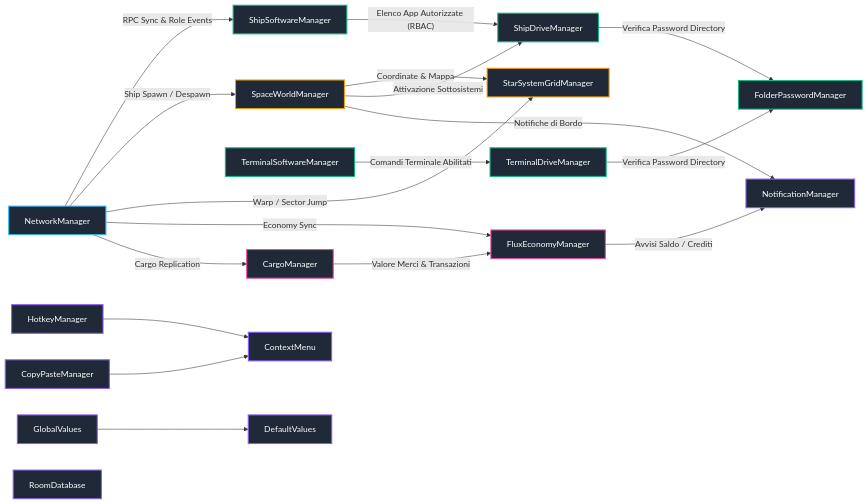
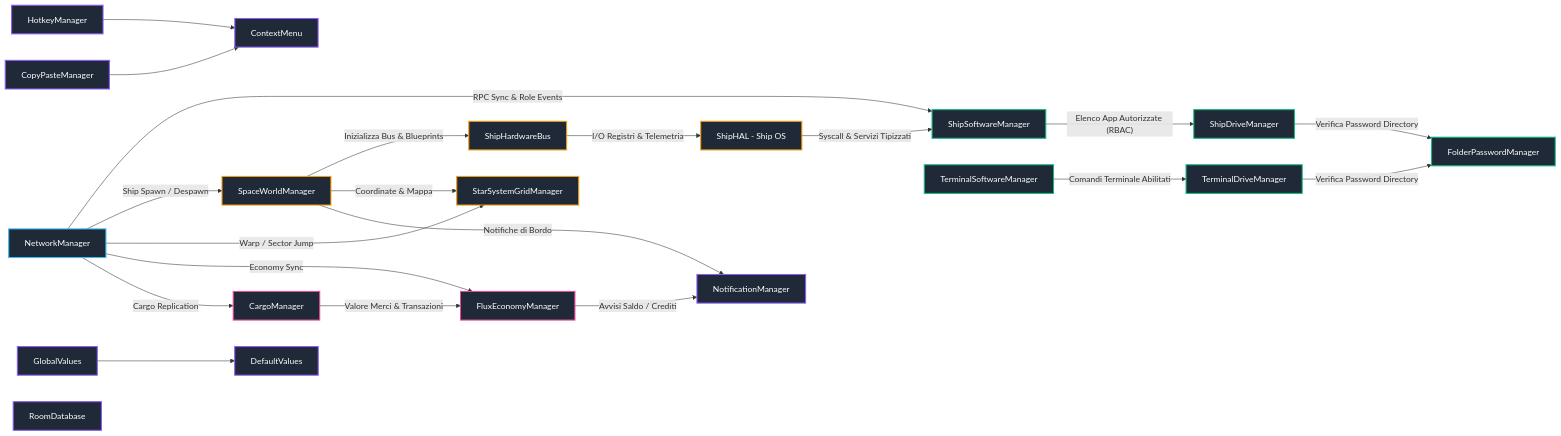
Before and after one commit to bncgli/DarkNovaRogueSquadron: the diagram in docs/architecture/02_autoloads_and_system_bus.md, drawn with Mermaid. The commit also changed 47 other files, not shown here.

````diff
--- a/docs/architecture/02_autoloads_and_system_bus.md
+++ b/docs/architecture/02_autoloads_and_system_bus.md
@@ -11,54 +11,58 @@
 ```mermaid
 graph LR
     classDef net fill:#1f2937,stroke:#38bdf8,stroke-width:2px,color:#fff;
     classDef world fill:#1f2937,stroke:#f59e0b,stroke-width:2px,color:#fff;
     classDef fs fill:#1f2937,stroke:#10b981,stroke-width:2px,color:#fff;
     classDef econ fill:#1f2937,stroke:#ec4899,stroke-width:2px,color:#fff;
     classDef util fill:#1f2937,stroke:#8b5cf6,stroke-width:2px,color:#fff;
 
-    %% Autoloads
+    %% Autoloads & Core Systems
     NM[NetworkManager]:::net
     SWM[SpaceWorldManager]:::world
     SSGM[StarSystemGridManager]:::world
+    HWBUS[ShipHardwareBus]:::world
+    HAL[ShipHAL - Ship OS]:::world
     SDM[ShipDriveManager]:::fs
     TDM[TerminalDriveManager]:::fs
     FPM[FolderPasswordManager]:::fs
     SSM[ShipSoftwareManager]:::fs
     TSM[TerminalSoftwareManager]:::fs
     CM[CargoManager]:::econ
     FEM[FluxEconomyManager]:::econ
     HKM[HotkeyManager]:::util
     CTX[ContextMenu]:::util
     NTF[NotificationManager]:::util
     CPM[CopyPasteManager]:::util
     GV[GlobalValues]:::util
     DV[DefaultValues]:::util
     RD[RoomDatabase]:::util
 
     %% Relazioni Network
     NM -- "RPC Sync & Role Events" --> SSM
     NM -- "Ship Spawn / Despawn" --> SWM
     NM -- "Warp / Sector Jump" --> SSGM
     NM -- "Economy Sync" --> FEM
     NM -- "Cargo Replication" --> CM
 
-    %% Relazioni Mondo 3D & Spazio
+    %% Relazioni Mondo 3D, Hardware & Ship OS
+    SWM -- "Inizializza Bus & Blueprints" --> HWBUS
+    HWBUS -- "I/O Registri & Telemetria" --> HAL
+    HAL -- "Syscall & Servizi Tipizzati" --> SSM
     SWM -- "Coordinate & Mappa" --> SSGM
-    SWM -- "Attivazione Sottosistemi" --> SDM
     SWM -- "Notifiche di Bordo" --> NTF
 
     %% Relazioni File System & Sicurezza
     SDM -- "Verifica Password Directory" --> FPM
     TDM -- "Verifica Password Directory" --> FPM
     SSM -- "Elenco App Autorizzate (RBAC)" --> SDM
     TSM -- "Comandi Terminale Abilitati" --> TDM
 
     %% Relazioni Economia
     CM -- "Valore Merci & Transazioni" --> FEM
     FEM -- "Avvisi Saldo / Crediti" --> NTF
 
     %% GUI & Utility
     GV --> DV
     HKM --> CTX
     CPM --> CTX
 ```
````
